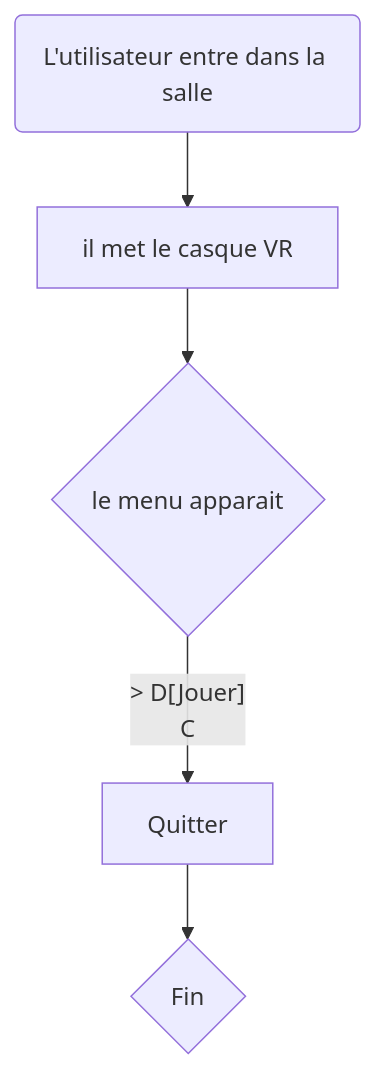
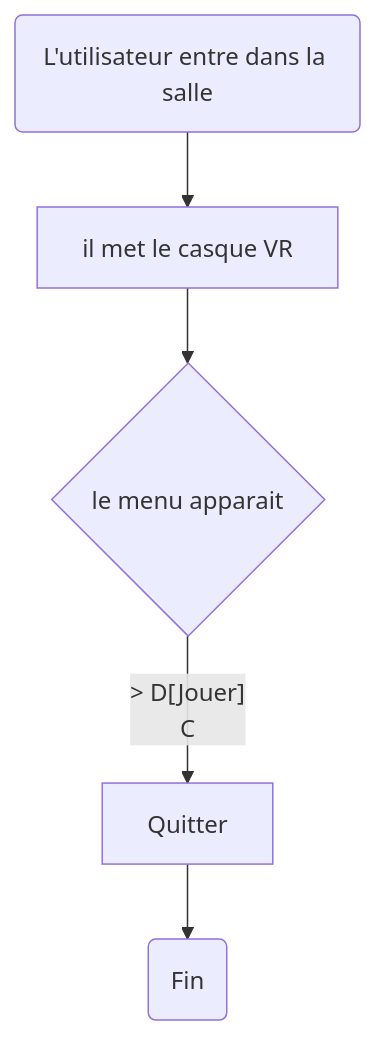
The diagram in README.md (samesthumain/sac-de-sable), drawn with Mermaid before and after one commit.

````diff
--- a/README.md
+++ b/README.md
@@ -5,8 +5,8 @@
 ```mermaid
 flowchart TD
     A(L'utilisateur entre dans la salle) --> B[il met le casque VR]
     B --> C{le menu apparait}
     C --­­­­> D[Jouer]
     C --> E[Quitter]
-    E --> F{Fin}
+    E --> F(Fin)
 ```
````
